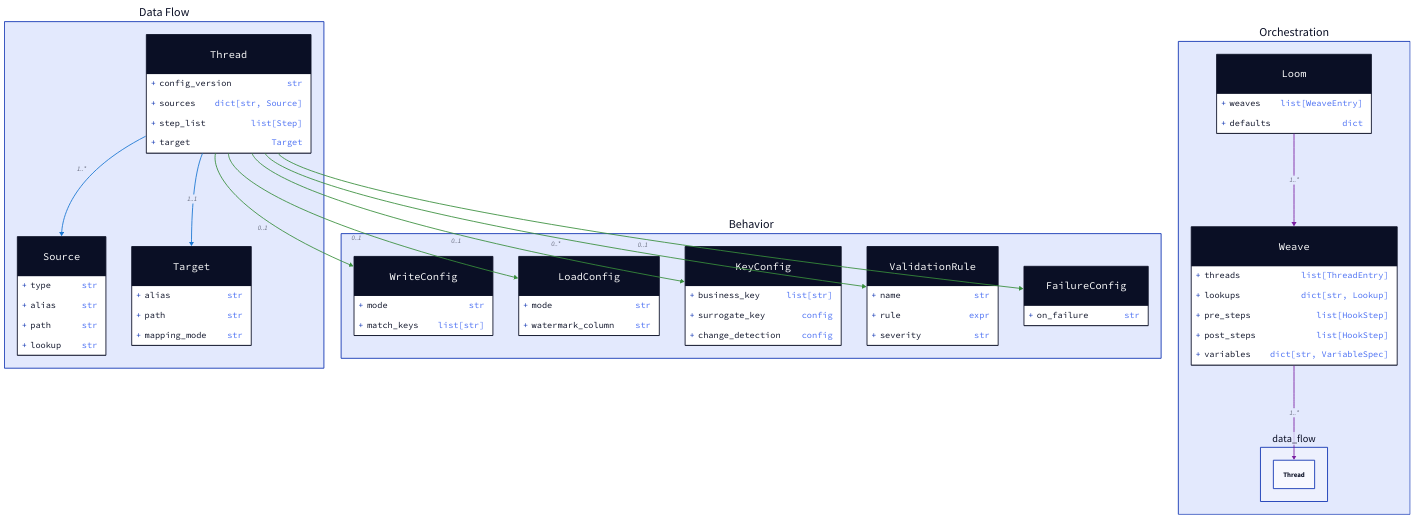
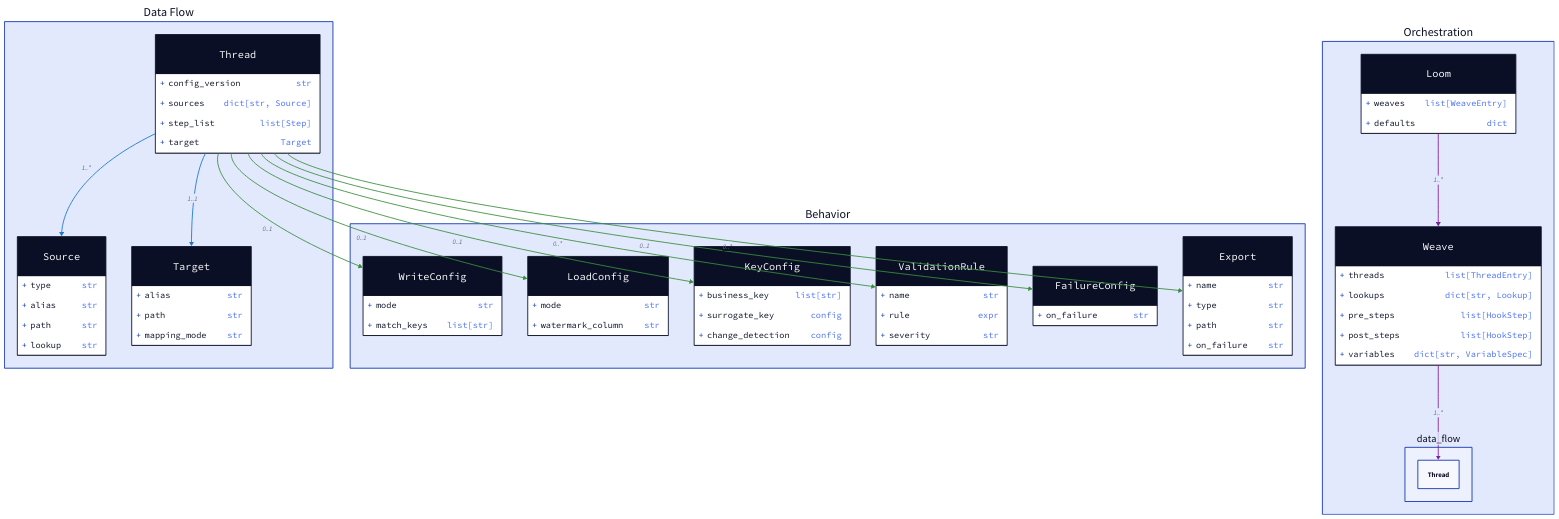
The diagram in docs/reference/configuration-keys.md (ardent-data/weevr), drawn with D2 before and after one commit. The commit also changed other lines of this file and 10 other files, not shown here.

````diff
--- a/docs/reference/configuration-keys.md
+++ b/docs/reference/configuration-keys.md
@@ -80,6 +80,13 @@
     shape: class
     on_failure: str
   }
+  Export: Export {
+    shape: class
+    name: str
+    type: str
+    path: str
+    on_failure: str
+  }
 }
 
 data_flow.Thread -> behavior.WriteConfig: "0..1" {style.stroke: "#388E3C"}
@@ -87,4 +94,5 @@
 data_flow.Thread -> behavior.KeyConfig: "0..1" {style.stroke: "#388E3C"}
 data_flow.Thread -> behavior.ValidationRule: "0..*" {style.stroke: "#388E3C"}
 data_flow.Thread -> behavior.FailureConfig: "0..1" {style.stroke: "#388E3C"}
+data_flow.Thread -> behavior.Export: "0..*" {style.stroke: "#388E3C"}
 ```
````
